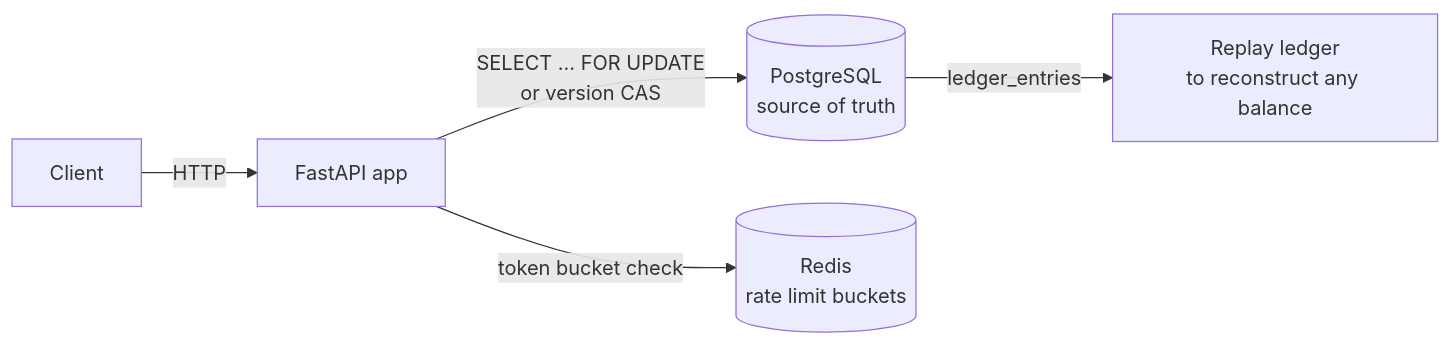
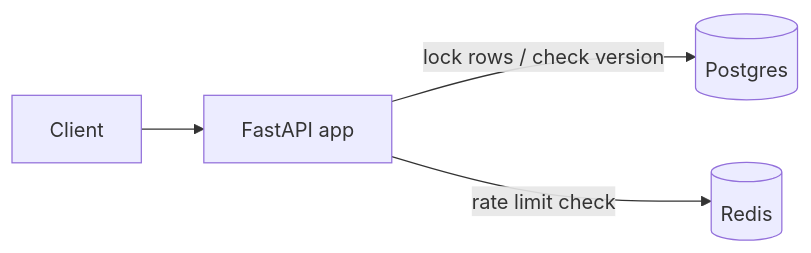
The first of 2 diagrams in README.md (richa2835/Splitledger), drawn with Mermaid before and after one commit. The commit also changed other lines of this file, not shown here.

````diff
--- a/README.md
+++ b/README.md
@@ -41,12 +83,11 @@
 ```mermaid
 graph LR
     Client[Client]
     API[FastAPI app]
-    PG[(PostgreSQL<br/>source of truth)]
-    Redis[(Redis<br/>rate limit buckets)]
+    PG[(Postgres)]
+    Redis[(Redis)]
 
-    Client -->|HTTP| API
-    API -->|SELECT ... FOR UPDATE<br/>or version CAS| PG
-    API -->|token bucket check| Redis
-    PG -->|ledger_entries| Audit[Replay ledger<br/>to reconstruct any balance]
+    Client --> API
+    API -->|lock rows / check version| PG
+    API -->|rate limit check| Redis
 ```
````
